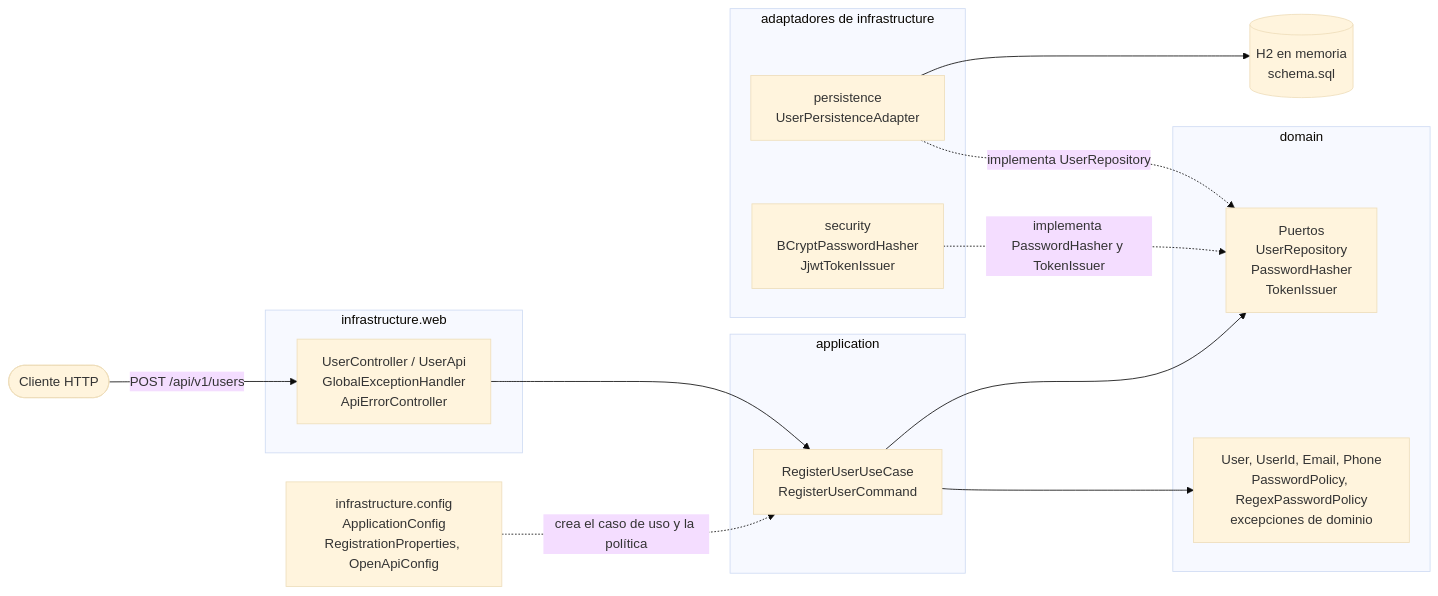
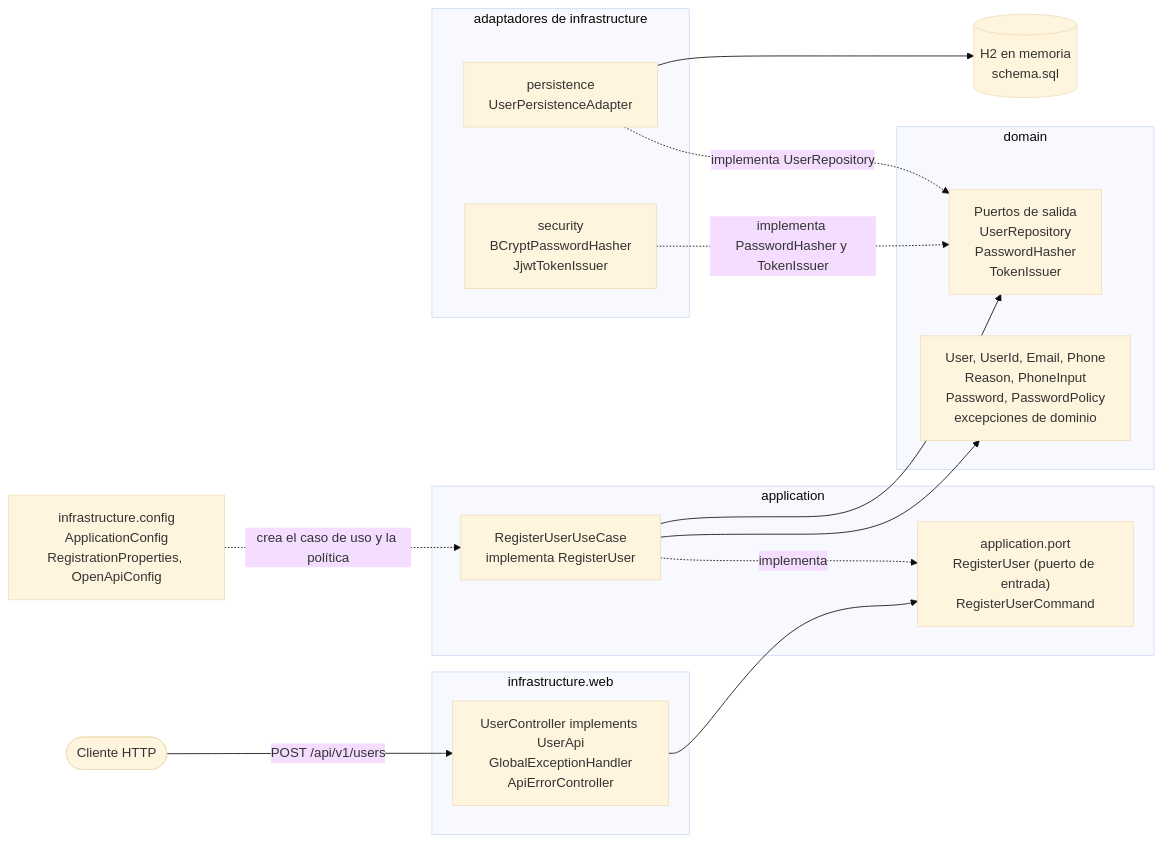
Before and after one commit to gussvill/registro-usuarios-api: the diagram in docs/diagrams/components.mmd, drawn with Mermaid (base theme). The commit also changed 5 other files, not shown here.

Commit message:
docs: align the README, decision records and diagrams with the code

```diff
--- a/docs/diagrams/components.mmd
+++ b/docs/diagrams/components.mmd
@@ -1,32 +1,34 @@
 flowchart LR
   Client([Cliente HTTP])
 
   subgraph infra_in [infrastructure.web]
-    Web["UserController / UserApi<br/>GlobalExceptionHandler<br/>ApiErrorController"]
+    Web["UserController implements UserApi<br/>GlobalExceptionHandler<br/>ApiErrorController"]
   end
 
   subgraph app [application]
-    UC["RegisterUserUseCase<br/>RegisterUserCommand"]
+    InPort["application.port<br/>RegisterUser (puerto de entrada)<br/>RegisterUserCommand"]
+    UC["RegisterUserUseCase<br/>implementa RegisterUser"]
   end
 
   subgraph dom [domain]
-    Model["User, UserId, Email, Phone<br/>PasswordPolicy, RegexPasswordPolicy<br/>excepciones de dominio"]
-    Ports["Puertos<br/>UserRepository<br/>PasswordHasher<br/>TokenIssuer"]
+    Model["User, UserId, Email, Phone<br/>Reason, PhoneInput<br/>Password, PasswordPolicy<br/>excepciones de dominio"]
+    Ports["Puertos de salida<br/>UserRepository<br/>PasswordHasher<br/>TokenIssuer"]
   end
 
   subgraph infra_out [adaptadores de infrastructure]
     Pers["persistence<br/>UserPersistenceAdapter"]
     Sec["security<br/>BCryptPasswordHasher<br/>JjwtTokenIssuer"]
   end
 
   Cfg["infrastructure.config<br/>ApplicationConfig<br/>RegistrationProperties, OpenApiConfig"]
   H2[("H2 en memoria<br/>schema.sql")]
 
   Client -->|"POST /api/v1/users"| Web
-  Web --> UC
+  Web --> InPort
+  UC -.->|implementa| InPort
   UC --> Model
   UC --> Ports
   Pers -.->|implementa UserRepository| Ports
   Sec -.->|implementa PasswordHasher y TokenIssuer| Ports
   Pers --> H2
   Cfg -.->|crea el caso de uso y la política| UC
```
